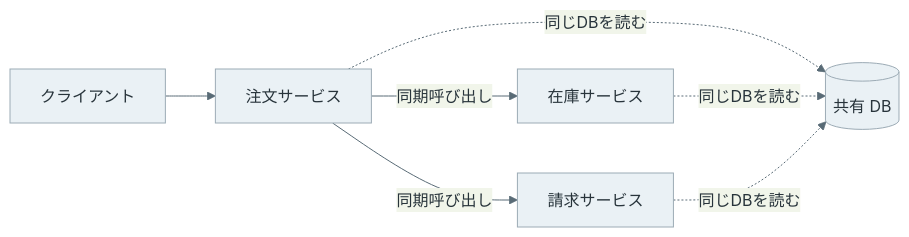
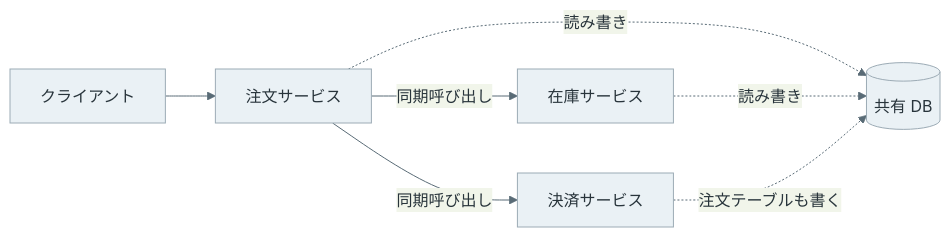
One commit to nao1215/debimate changed the first of 2 diagrams in content/notes/software-architecture/distributed-monolith/index.md. Above: the diagram before and after it, drawn with Mermaid. The commit also changed other lines of this file and 33 other files, not shown here.

````diff
--- a/content/notes/software-architecture/distributed-monolith/index.md
+++ b/content/notes/software-architecture/distributed-monolith/index.md
@@ -15,11 +15,11 @@
 ```mermaid
 %%{init: {"theme":"base","themeVariables":{"primaryColor":"#eaf1f5","primaryTextColor":"#28343b","primaryBorderColor":"#9cabb5","lineColor":"#596b76","textColor":"#28343b"}}}%%
 flowchart LR
     C[クライアント] --> O[注文サービス]
     O -->|同期呼び出し| I[在庫サービス]
-    O -->|同期呼び出し| P[請求サービス]
-    O -.同じDBを読む.-> D[(共有 DB)]
-    I -.同じDBを読む.-> D
-    P -.同じDBを読む.-> D
+    O -->|同期呼び出し| P[決済サービス]
+    O -.読み書き.-> D[(共有 DB)]
+    I -.読み書き.-> D
+    P -.注文テーブルも書く.-> D
     classDef default fill:#eaf1f5,stroke:#9cabb5,color:#28343b;
 ```
````
